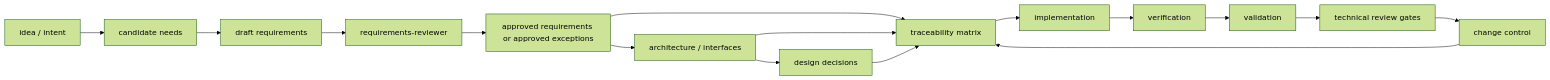
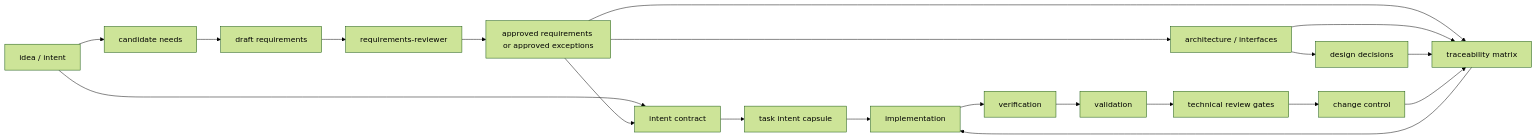
One commit to Oxiom-Systems/traceweaver changed the diagram in docs/brainstorms/2026-04-27-traceweaver-core-skill-taxonomy-requirements.md. Above: the diagram before and after it, drawn with Mermaid (forest theme). The commit also changed other lines of this file and 3 other files, not shown here.

````diff
--- a/docs/brainstorms/2026-04-27-traceweaver-core-skill-taxonomy-requirements.md
+++ b/docs/brainstorms/2026-04-27-traceweaver-core-skill-taxonomy-requirements.md
@@ -118,32 +136,38 @@
 ```mermaid
 flowchart LR
     I["idea / intent"]
+    IC["intent contract"]
     N["candidate needs"]
     R["draft requirements"]
     QR["requirements-reviewer"]
     A["approved requirements or approved exceptions"]
+    TC["task intent capsule"]
     AR["architecture / interfaces"]
     D["design decisions"]
     T["traceability matrix"]
     IM["implementation"]
     VER["verification"]
     VAL["validation"]
     REV["technical review gates"]
     CC["change control"]
 
     I --> N
+    I --> IC
     N --> R
     R --> QR
     QR --> A
+    A --> IC
+    IC --> TC
     A --> AR
     AR --> D
     A --> T
+    TC --> IM
     AR --> T
     D --> T
     T --> IM
     IM --> VER
     VER --> VAL
     VAL --> REV
     REV --> CC
     CC --> T
 ```
````
